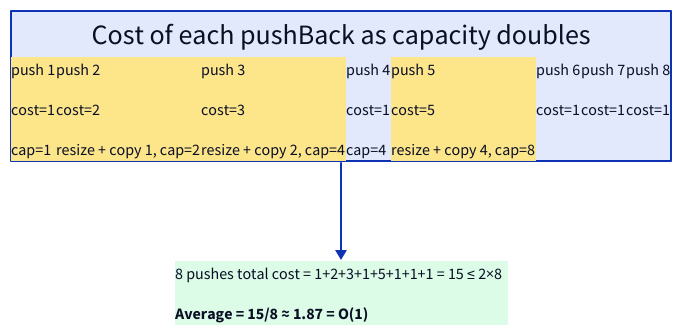
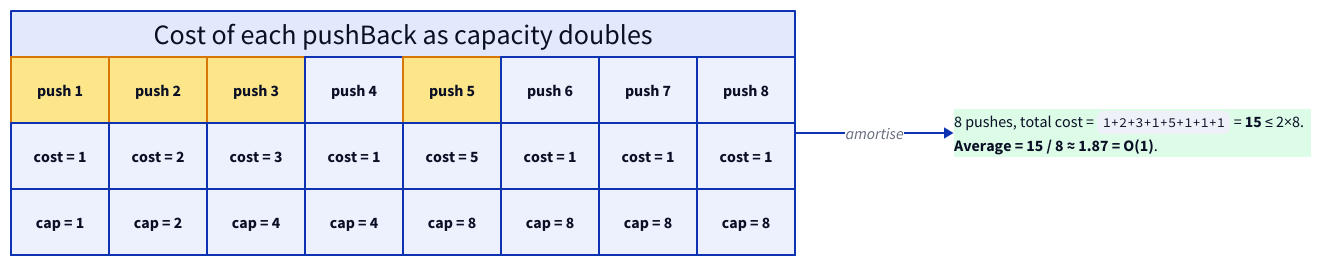
One commit to ani2fun/note-book changed the first of 3 diagrams in src/computer-science/DSA/data-structures/1.arrays/11-design-a-dynamic-array.md. Above: the diagram before and after it, drawn with D2.

Commit message:
DSA arrays/11-design: switch amortised-cost grid to true tabular layout
The 8-cell amortised-cost diagram used multi-paragraph |md cells with
content widths varying per cell (\"resize + copy 4, cap=8\" vs just
\"cost=1\"), risking d2's first-paragraph sizing bug. Reorganise the
data into a 3-row × 8-col grid where each row carries one piece of
information (push label / cost / capacity), so every cell holds a
single, equal-width string.

Per CLAUDE.md's d2 standards section:
  > One piece of info per cell. If the cell needs to convey N pieces
  > of info, use a true grid-rows: N × grid-columns: M table.

The amber highlight on resize-triggering pushes (1, 2, 3, 5) is
preserved. The amortised-total summary box is collapsed to a single
markdown line with <br/> for the visual break.

````diff
--- a/src/computer-science/DSA/data-structures/1.arrays/11-design-a-dynamic-array.md
+++ b/src/computer-science/DSA/data-structures/1.arrays/11-design-a-dynamic-array.md
@@ -47,64 +47,39 @@
 ```d2
+direction: right
+
 cost: "Cost of each pushBack as capacity doubles" {
+  grid-rows: 3
   grid-columns: 8
   grid-gap: 0
-  p1: |md
-    push 1
-
-    cost=1
-
-    cap=1
-  | {style.fill: "#fde68a"; style.stroke: "#d97706"}
-  p2: |md
-    push 2
-
-    cost=2
-
-    resize + copy 1, cap=2
-  | {style.fill: "#fde68a"; style.stroke: "#d97706"}
-  p3: |md
-    push 3
-
-    cost=3
-
-    resize + copy 2, cap=4
-  | {style.fill: "#fde68a"; style.stroke: "#d97706"}
-  p4: |md
-    push 4
-
-    cost=1
-
-    cap=4
-  |
-  p5: |md
-    push 5
-
-    cost=5
-
-    resize + copy 4, cap=8
-  | {style.fill: "#fde68a"; style.stroke: "#d97706"}
-  p6: |md
-    push 6
-
-    cost=1
-  |
-  p7: |md
-    push 7
-
-    cost=1
-  |
-  p8: |md
-    push 8
-
-    cost=1
-  |
+  p1: "push 1" {style.fill: "#fde68a"; style.stroke: "#d97706"}
+  p2: "push 2" {style.fill: "#fde68a"; style.stroke: "#d97706"}
+  p3: "push 3" {style.fill: "#fde68a"; style.stroke: "#d97706"}
+  p4: "push 4"
+  p5: "push 5" {style.fill: "#fde68a"; style.stroke: "#d97706"}
+  p6: "push 6"
+  p7: "push 7"
+  p8: "push 8"
+  c1: "cost = 1"
+  c2: "cost = 2"
+  c3: "cost = 3"
+  c4: "cost = 1"
+  c5: "cost = 5"
+  c6: "cost = 1"
+  c7: "cost = 1"
+  c8: "cost = 1"
+  cap1: "cap = 1"
+  cap2: "cap = 2"
+  cap3: "cap = 4"
+  cap4: "cap = 4"
+  cap5: "cap = 8"
+  cap6: "cap = 8"
+  cap7: "cap = 8"
+  cap8: "cap = 8"
 }
 
 total: |md
-  8 pushes total cost = 1+2+3+1+5+1+1+1 = 15 ≤ 2×8
-
-  **Average = 15/8 ≈ 1.87 = O(1)**
+  8 pushes, total cost = `1+2+3+1+5+1+1+1` = **15** ≤ 2×8.<br/>**Average = 15 / 8 ≈ 1.87 = O(1)**.
 | {style.fill: "#dcfce7"; style.stroke: "#16a34a"}
 
-cost -> total
+cost -> total: "amortise"
 ```
````
